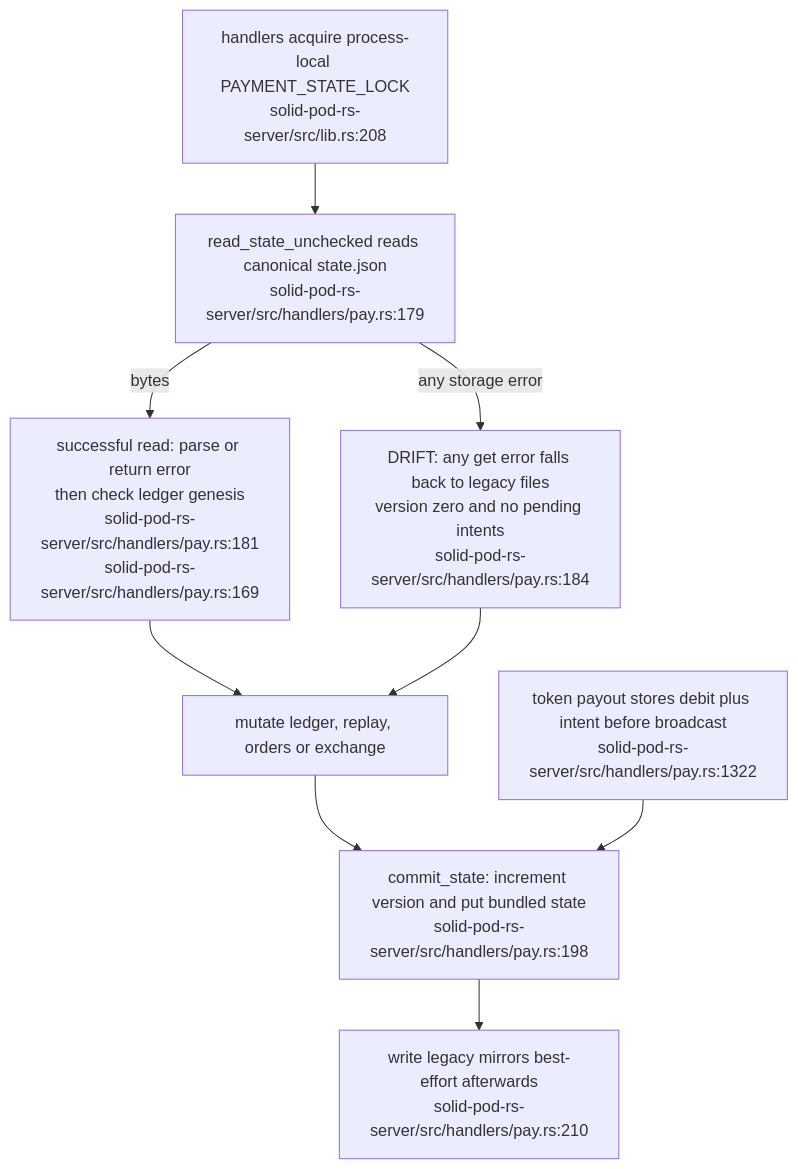
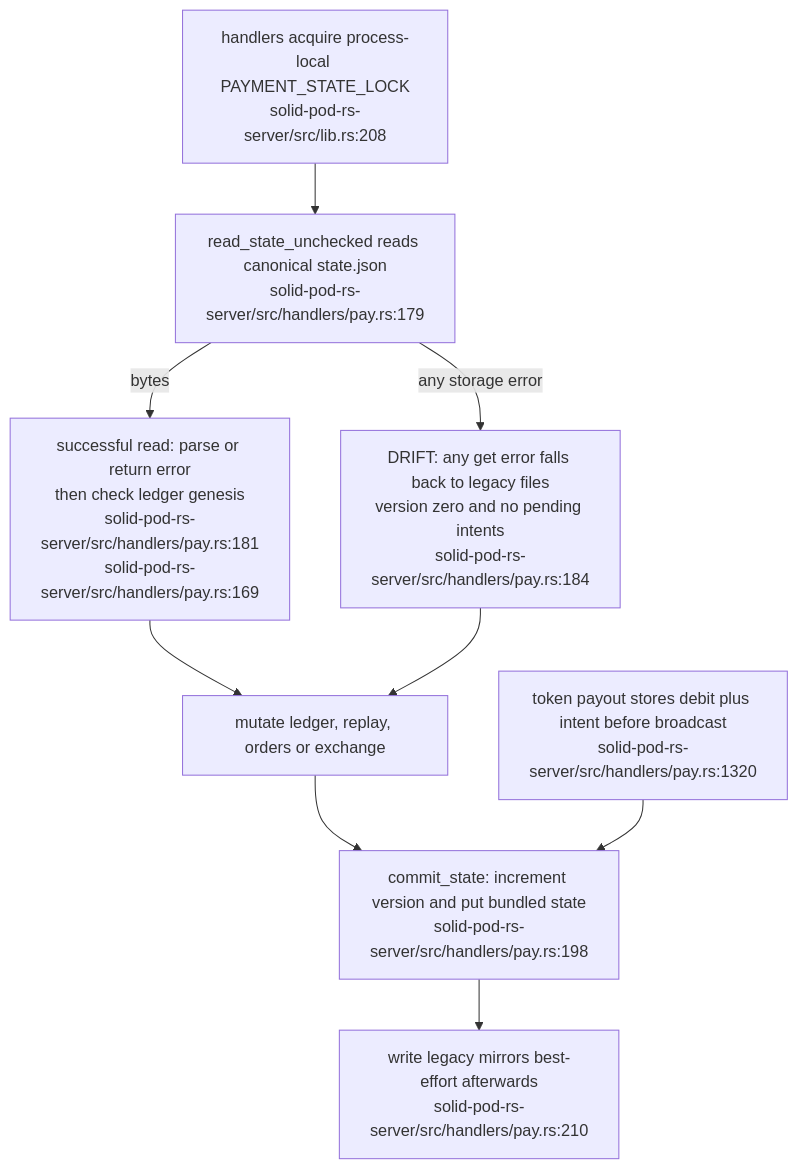
Diagram 14 of 19 in docs/diagrams/solid-pod-rs/07-provenance-and-payments.md (DreamLab-AI/VisionFlow), drawn with Mermaid before and after one commit. The commit also changed other lines of this file and 47 other files, not shown here.

````diff
--- a/docs/diagrams/solid-pod-rs/07-provenance-and-payments.md
+++ b/docs/diagrams/solid-pod-rs/07-provenance-and-payments.md
@@ -398,16 +405,16 @@
 ```mermaid
 flowchart TD
     LOCK["handlers acquire process-local PAYMENT_STATE_LOCK<br/>solid-pod-rs-server/src/lib.rs:208"]
     READ["read_state_unchecked reads canonical state.json<br/>solid-pod-rs-server/src/handlers/pay.rs:179"]
     PARSE["successful read: parse or return error<br/>then check ledger genesis<br/>solid-pod-rs-server/src/handlers/pay.rs:181<br/>solid-pod-rs-server/src/handlers/pay.rs:169"]
     FALL["DRIFT: any get error falls back to legacy files<br/>version zero and no pending intents<br/>solid-pod-rs-server/src/handlers/pay.rs:184"]
     MUTATE["mutate ledger, replay, orders or exchange"]
     SAVE["commit_state: increment version and put bundled state<br/>solid-pod-rs-server/src/handlers/pay.rs:198"]
     MIRROR["write legacy mirrors best-effort afterwards<br/>solid-pod-rs-server/src/handlers/pay.rs:210"]
-    INTENT["token payout stores debit plus intent before broadcast<br/>solid-pod-rs-server/src/handlers/pay.rs:1322"]
+    INTENT["token payout stores debit plus intent before broadcast<br/>solid-pod-rs-server/src/handlers/pay.rs:1320"]
     LOCK --> READ
     READ -- bytes --> PARSE --> MUTATE
     READ -- any storage error --> FALL --> MUTATE
     MUTATE --> SAVE --> MIRROR
     INTENT --> SAVE
 ```
````
